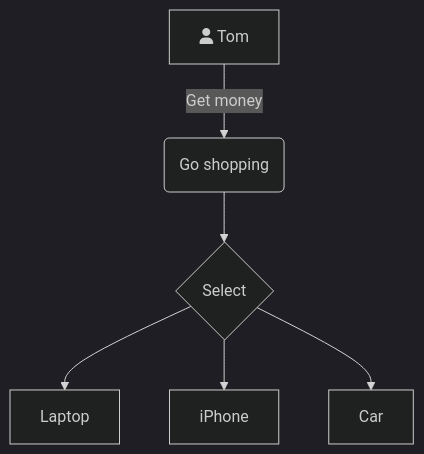
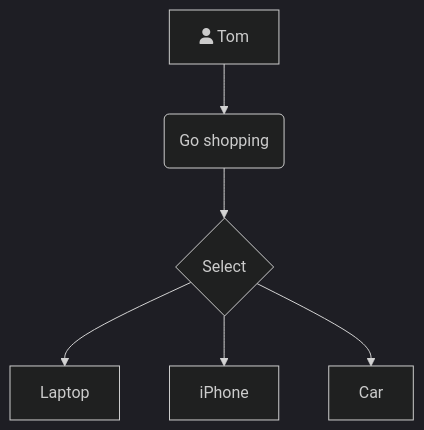
The diagram in all/未命名-1.md (123shuhai/iodraw-files), drawn with Mermaid (dark theme) before and after one commit.

Commit message:
2025-05-06 16:15:56 update

````diff
--- a/all/未命名-1.md
+++ b/all/未命名-1.md
@@ -1,9 +1,9 @@
 ```mermaid
 graph TD
-    A[fa:fa-user Tom] -->|Get money| B(Go shopping)
+    A[fa:fa-user Tom] --> B(Go shopping)
     B --> C{Select}
     C --> D[Laptop]
     C --> E[iPhone]
     C --> F[Car]
 
 ```
````
